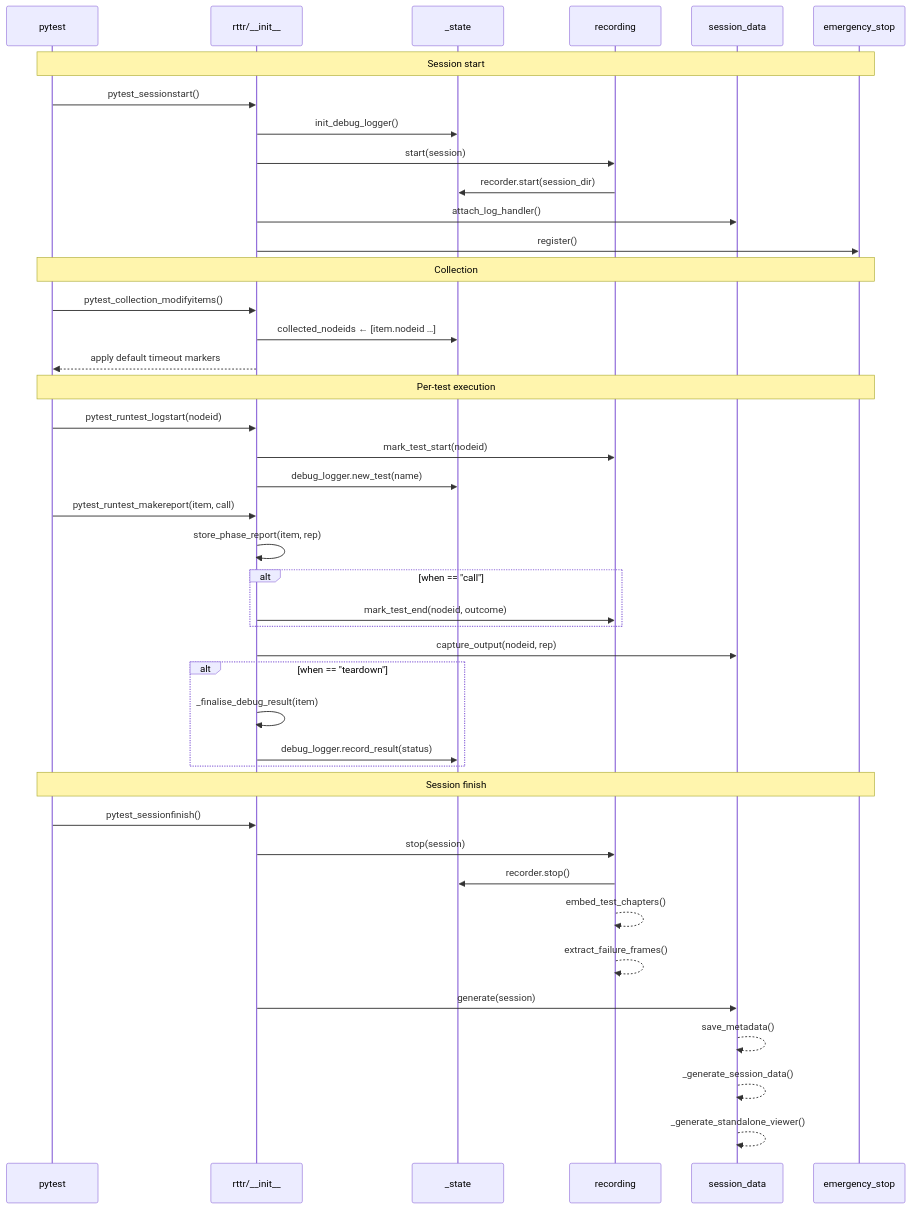
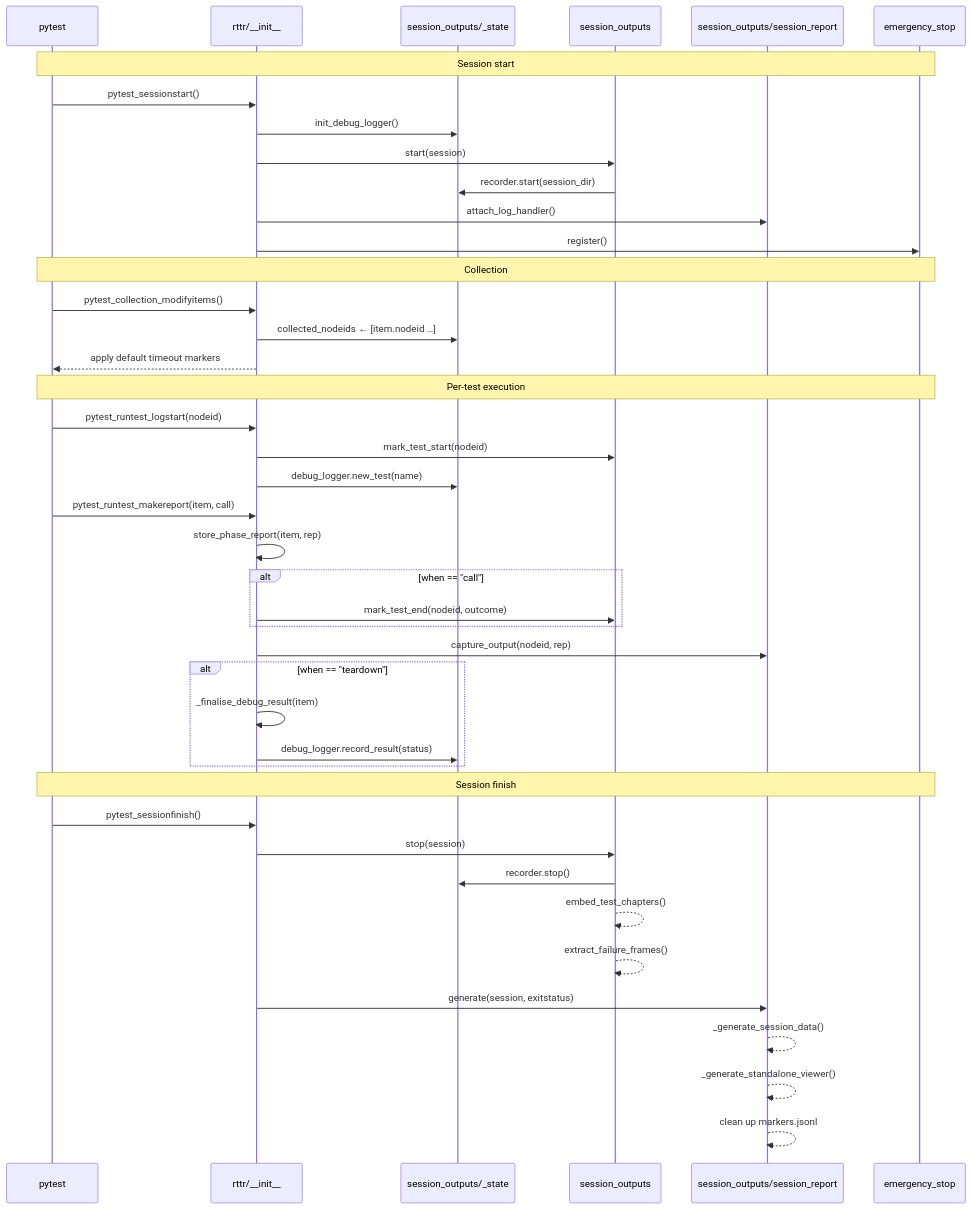
One commit to polfeliu/rttr changed the diagram in README.md. Above: the diagram before and after it, drawn with Mermaid. The commit also changed other lines of this file and 32 other files, not shown here.

First line of the commit message:
refactor: restructure into session_outputs package, add typed dataclasses, bundle viewer

````diff
--- a/README.md
+++ b/README.md
@@ -118,49 +107,49 @@
 ```mermaid
 sequenceDiagram
     participant pytest
     participant rttr as rttr/__init__
-    participant state as _state
-    participant rec as recording
-    participant sd as session_data
+    participant state as session_outputs/_state
+    participant rec as session_outputs
+    participant sd as session_outputs/session_report
     participant es as emergency_stop
 
     Note over pytest,es: Session start
     pytest->>rttr: pytest_sessionstart()
     rttr->>state: init_debug_logger()
     rttr->>rec: start(session)
     rec->>state: recorder.start(session_dir)
     rttr->>sd: attach_log_handler()
     rttr->>es: register()
 
     Note over pytest,es: Collection
     pytest->>rttr: pytest_collection_modifyitems()
     rttr->>state: collected_nodeids ← [item.nodeid …]
     rttr-->>pytest: apply default timeout markers
 
     Note over pytest,es: Per-test execution
     pytest->>rttr: pytest_runtest_logstart(nodeid)
     rttr->>rec: mark_test_start(nodeid)
     rttr->>state: debug_logger.new_test(name)
 
     pytest->>rttr: pytest_runtest_makereport(item, call)
     rttr->>rttr: store_phase_report(item, rep)
     alt when == "call"
         rttr->>rec: mark_test_end(nodeid, outcome)
     end
     rttr->>sd: capture_output(nodeid, rep)
     alt when == "teardown"
         rttr->>rttr: _finalise_debug_result(item)
         rttr->>state: debug_logger.record_result(status)
     end
 
     Note over pytest,es: Session finish
     pytest->>rttr: pytest_sessionfinish()
     rttr->>rec: stop(session)
     rec->>state: recorder.stop()
     rec-->>rec: embed_test_chapters()
     rec-->>rec: extract_failure_frames()
-    rttr->>sd: generate(session)
-    sd-->>sd: save_metadata()
+    rttr->>sd: generate(session, exitstatus)
     sd-->>sd: _generate_session_data()
     sd-->>sd: _generate_standalone_viewer()
+    sd-->>sd: clean up markers.jsonl
 ```
````
